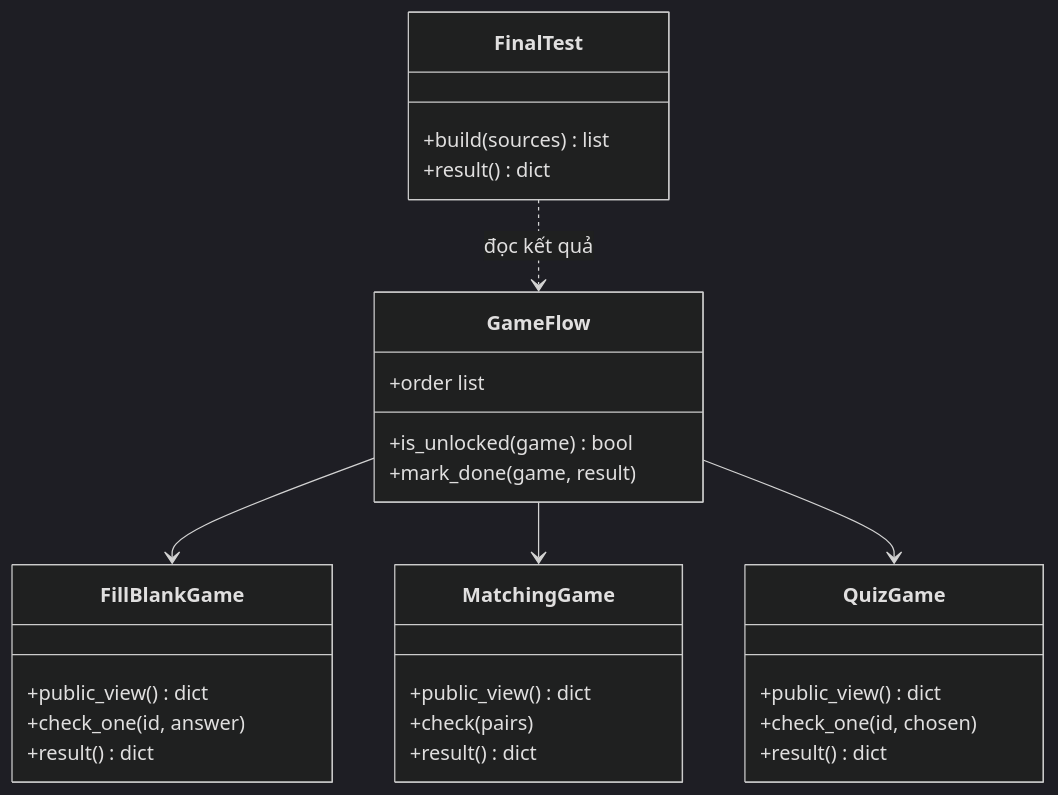
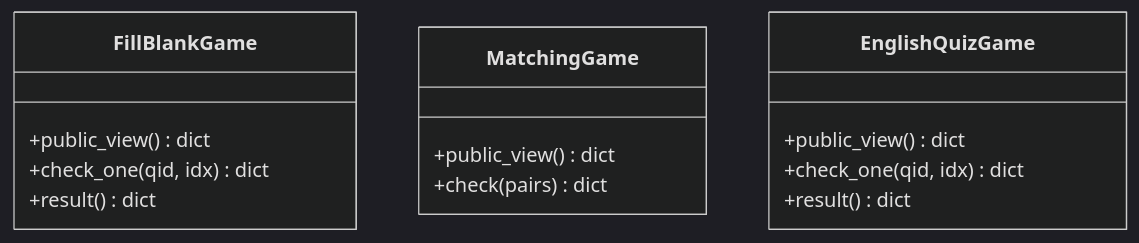
The third of 5 diagrams in docs/01-UML-phan-game.md (TAnh05/EduGame), drawn with Mermaid (dark theme) before and after one commit. The commit also changed other lines of this file and 15 other files, not shown here.

````diff
--- a/docs/01-UML-phan-game.md
+++ b/docs/01-UML-phan-game.md
@@ -232,31 +233,17 @@
 ```mermaid
 classDiagram
     class FillBlankGame {
         +public_view() dict
-        +check_one(id, answer)
+        +check_one(qid, idx) dict
         +result() dict
     }
     class MatchingGame {
         +public_view() dict
-        +check(pairs)
+        +check(pairs) dict
+    }
+    class EnglishQuizGame {
+        +public_view() dict
+        +check_one(qid, idx) dict
         +result() dict
     }
-    class QuizGame {
-        +public_view() dict
-        +check_one(id, chosen)
-        +result() dict
-    }
-    class FinalTest {
-        +build(sources) list
-        +result() dict
-    }
-    class GameFlow {
-        +order list
-        +is_unlocked(game) bool
-        +mark_done(game, result)
-    }
-    GameFlow --> FillBlankGame
-    GameFlow --> MatchingGame
-    GameFlow --> QuizGame
-    FinalTest ..> GameFlow : đọc kết quả
 ```
````
